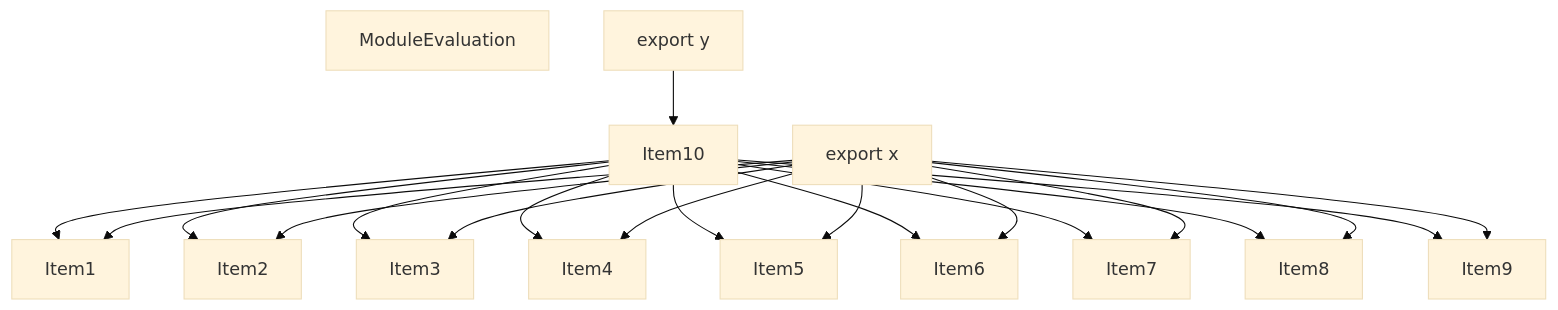
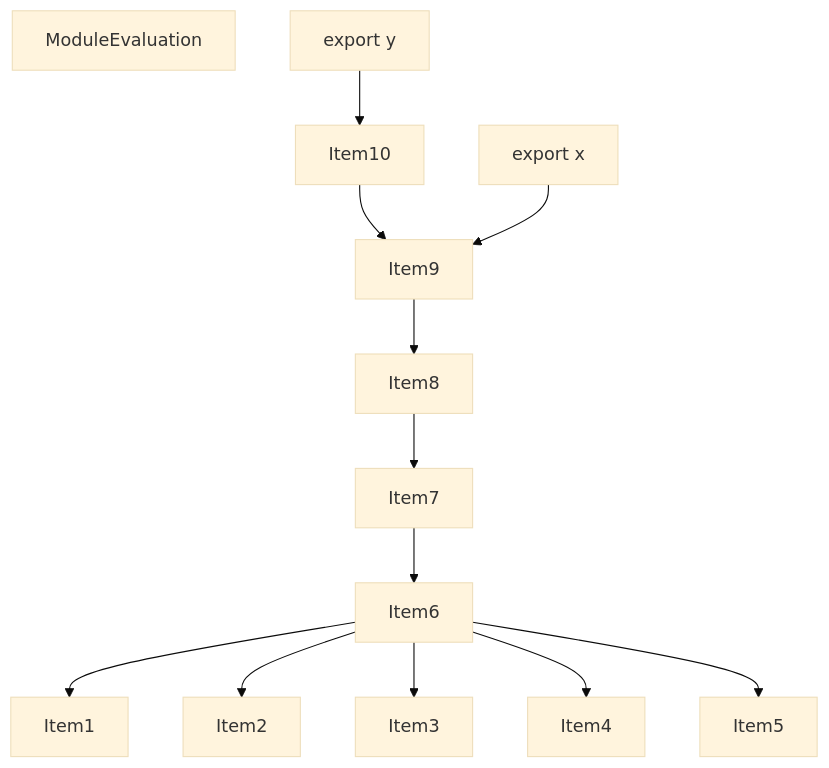
Before and after one commit to vercel/turborepo: the fourth of 5 diagrams in crates/turbopack-ecmascript/tests/tree-shaker/analyzer/grouping/output.md, drawn with Mermaid (base theme). The commit also changed other lines of this file and 1 other file, not shown here.

````diff
--- a/crates/turbopack-ecmascript/tests/tree-shaker/analyzer/grouping/output.md
+++ b/crates/turbopack-ecmascript/tests/tree-shaker/analyzer/grouping/output.md
@@ -177,38 +181,30 @@
 ```mermaid
 graph TD
     Item1;
     Item2;
     Item3;
     Item4;
     Item5;
     Item6;
     Item7;
     Item8;
     Item9;
     Item10;
     Item11;
     Item11["ModuleEvaluation"];
     Item12;
     Item12["export x"];
     Item13;
     Item13["export y"];
-    Item10 --> Item1;
-    Item10 --> Item2;
-    Item10 --> Item3;
-    Item10 --> Item4;
-    Item10 --> Item5;
-    Item10 --> Item6;
-    Item10 --> Item7;
-    Item10 --> Item8;
+    Item6 --> Item1;
+    Item6 --> Item2;
+    Item6 --> Item3;
+    Item6 --> Item4;
+    Item6 --> Item5;
+    Item7 --> Item6;
+    Item8 --> Item7;
+    Item9 --> Item8;
     Item10 --> Item9;
-    Item12 --> Item1;
-    Item12 --> Item2;
-    Item12 --> Item3;
-    Item12 --> Item4;
-    Item12 --> Item5;
-    Item12 --> Item6;
-    Item12 --> Item7;
-    Item12 --> Item8;
     Item12 --> Item9;
     Item13 --> Item10;
 ```
````
